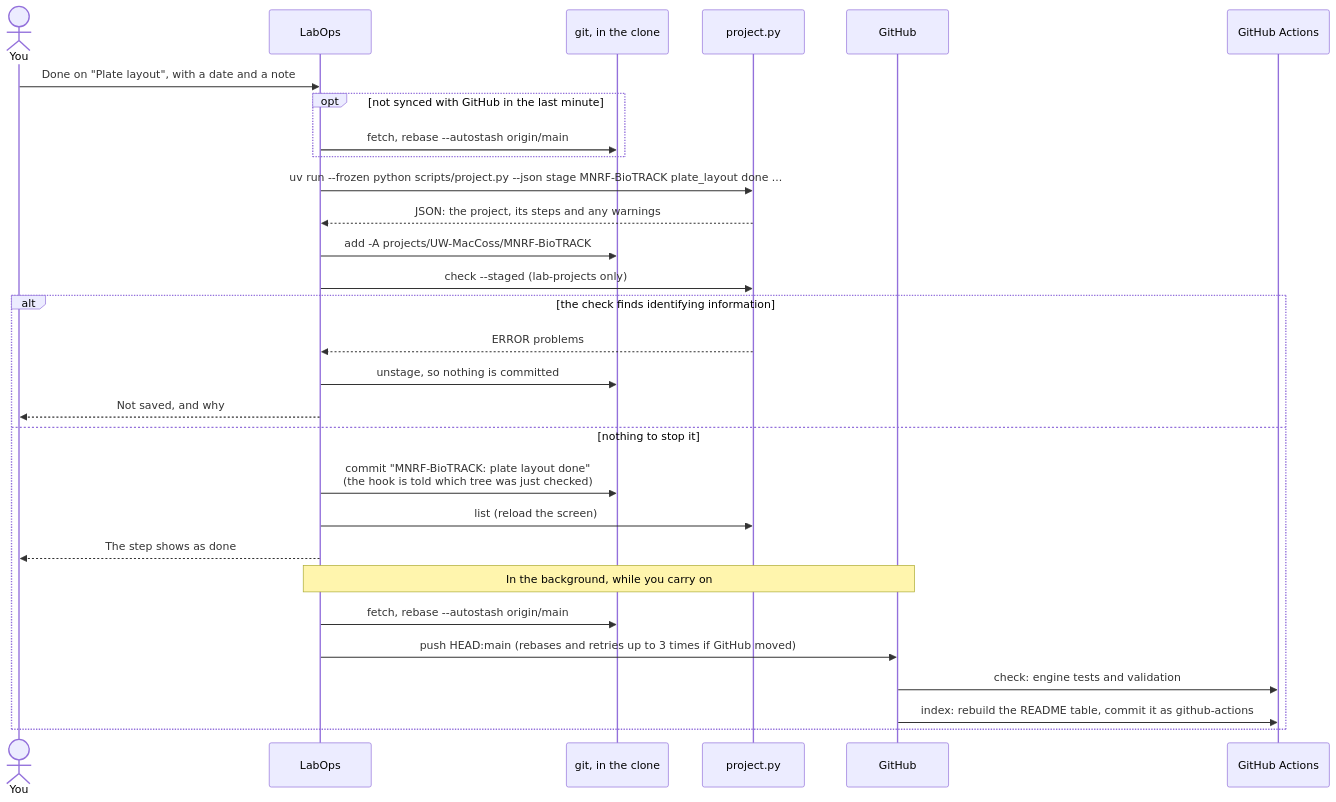
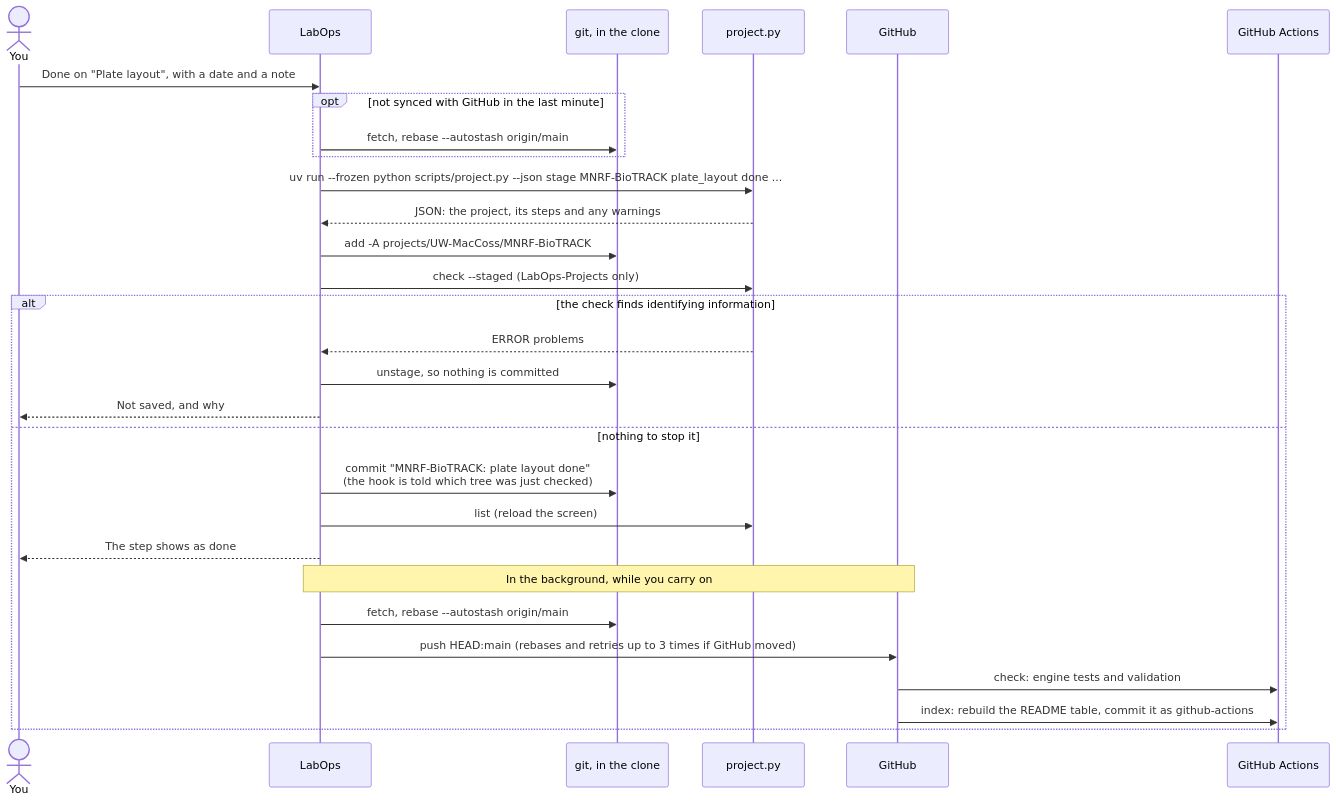
The first of 8 diagrams in docs/flows.md (uw-maccosslab/LabOps), drawn with Mermaid before and after one commit. The commit also changed other lines of this file and 16 other files, not shown here.

First line of the commit message:
The repositories are LabOps-Projects and LabOps-Quotes

````diff
--- a/docs/flows.md
+++ b/docs/flows.md
@@ -19,32 +19,32 @@
 ```mermaid
 sequenceDiagram
     actor You
     participant App as LabOps
     participant Git as git, in the clone
     participant Engine as project.py
     participant GitHub
     participant Actions as GitHub Actions
 
     You->>App: Done on "Plate layout", with a date and a note
     opt not synced with GitHub in the last minute
         App->>Git: fetch, rebase --autostash origin/main
     end
     App->>Engine: uv run --frozen python scripts/project.py --json stage MNRF-BioTRACK plate_layout done ...
     Engine-->>App: JSON: the project, its steps and any warnings
     App->>Git: add -A projects/UW-MacCoss/MNRF-BioTRACK
-    App->>Engine: check --staged (lab-projects only)
+    App->>Engine: check --staged (LabOps-Projects only)
     alt the check finds identifying information
         Engine-->>App: ERROR problems
         App->>Git: unstage, so nothing is committed
         App-->>You: Not saved, and why
     else nothing to stop it
         App->>Git: commit "MNRF-BioTRACK: plate layout done"<br/>(the hook is told which tree was just checked)
         App->>Engine: list (reload the screen)
         App-->>You: The step shows as done
         Note over App,GitHub: In the background, while you carry on
         App->>Git: fetch, rebase --autostash origin/main
         App->>GitHub: push HEAD:main (rebases and retries up to 3 times if GitHub moved)
         GitHub->>Actions: check: engine tests and validation
         GitHub->>Actions: index: rebuild the README table, commit it as github-actions
     end
 ```
````
